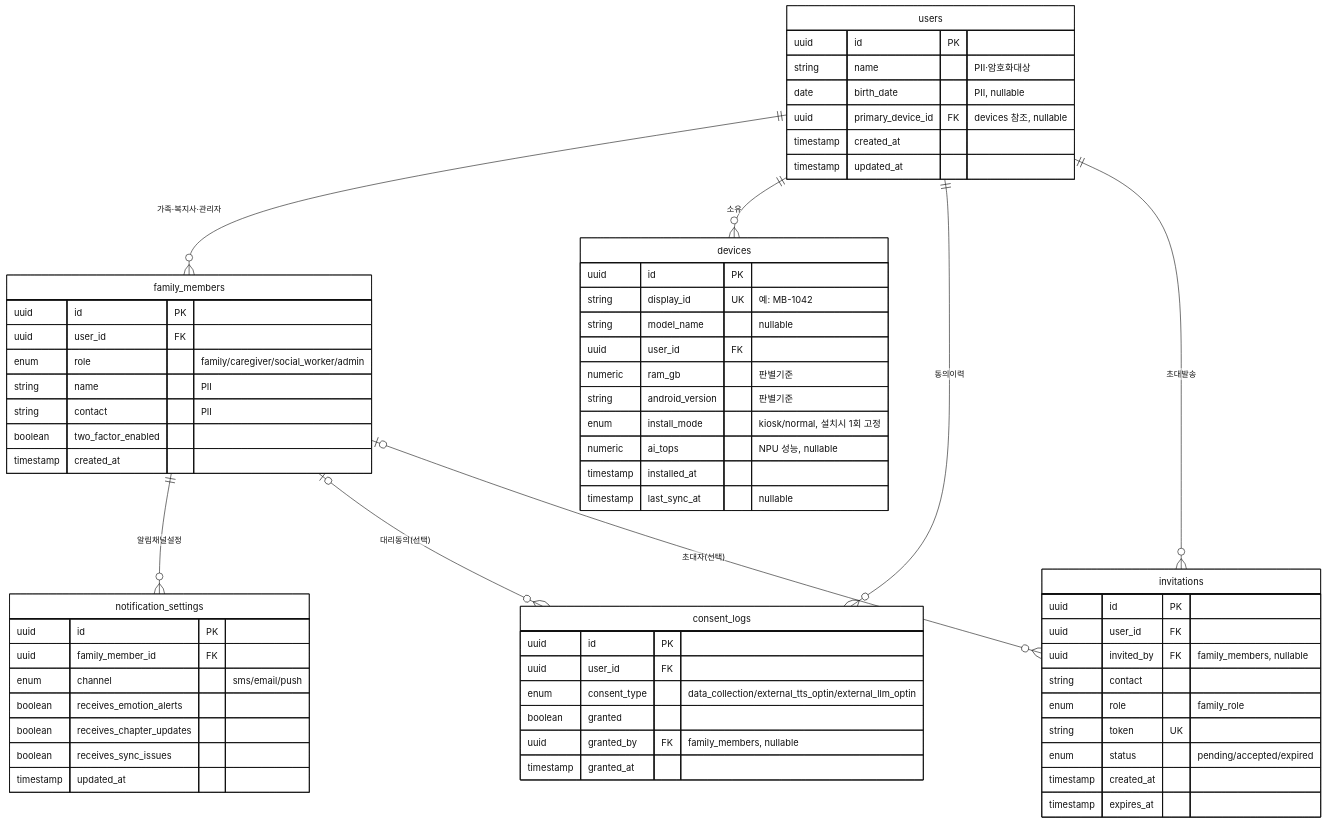
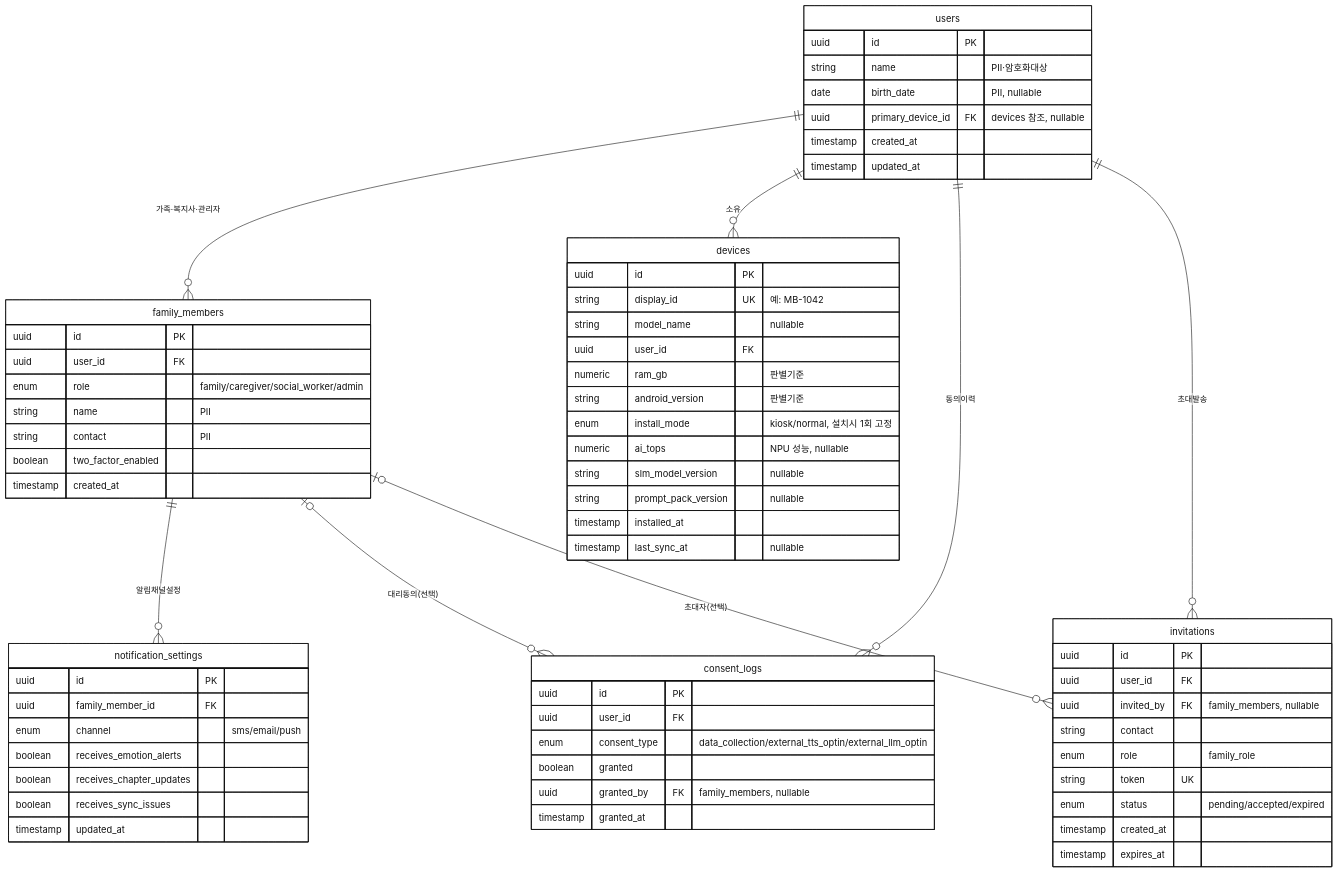
One commit to boheni07/SilverYarn changed the second of 6 diagrams in docs/01-plan/erd.md. Above: the diagram before and after it, drawn with Mermaid. The commit also changed other lines of this file and 19 other files, not shown here.

````diff
--- a/docs/01-plan/erd.md
+++ b/docs/01-plan/erd.md
@@ -70,69 +71,71 @@
 ```mermaid
 %%{init: {'theme':'base', 'themeVariables': {'primaryColor':'#ffffff','primaryTextColor':'#111111','primaryBorderColor':'#111111','lineColor':'#111111','background':'#ffffff','mainBkg':'#ffffff','textColor':'#111111'}}}%%
 erDiagram
     users ||--o{ family_members : "가족·복지사·관리자"
     users ||--o{ devices : "소유"
     users ||--o{ consent_logs : "동의이력"
     users ||--o{ invitations : "초대발송"
     family_members ||--o{ notification_settings : "알림채널설정"
     family_members |o--o{ consent_logs : "대리동의(선택)"
     family_members |o--o{ invitations : "초대자(선택)"
 
     users {
         uuid id PK
         string name "PII·암호화대상"
         date birth_date "PII, nullable"
         uuid primary_device_id FK "devices 참조, nullable"
         timestamp created_at
         timestamp updated_at
     }
     family_members {
         uuid id PK
         uuid user_id FK
         enum role "family/caregiver/social_worker/admin"
         string name "PII"
         string contact "PII"
         boolean two_factor_enabled
         timestamp created_at
     }
     devices {
         uuid id PK
         string display_id UK "예: MB-1042"
         string model_name "nullable"
         uuid user_id FK
         numeric ram_gb "판별기준"
         string android_version "판별기준"
         enum install_mode "kiosk/normal, 설치시 1회 고정"
         numeric ai_tops "NPU 성능, nullable"
+        string slm_model_version "nullable"
+        string prompt_pack_version "nullable"
         timestamp installed_at
         timestamp last_sync_at "nullable"
     }
     consent_logs {
         uuid id PK
         uuid user_id FK
         enum consent_type "data_collection/external_tts_optin/external_llm_optin"
         boolean granted
         uuid granted_by FK "family_members, nullable"
         timestamp granted_at
     }
     notification_settings {
         uuid id PK
         uuid family_member_id FK
         enum channel "sms/email/push"
         boolean receives_emotion_alerts
         boolean receives_chapter_updates
         boolean receives_sync_issues
         timestamp updated_at
     }
     invitations {
         uuid id PK
         uuid user_id FK
         uuid invited_by FK "family_members, nullable"
         string contact
         enum role "family_role"
         string token UK
         enum status "pending/accepted/expired"
         timestamp created_at
         timestamp expires_at
     }
 ```
````
